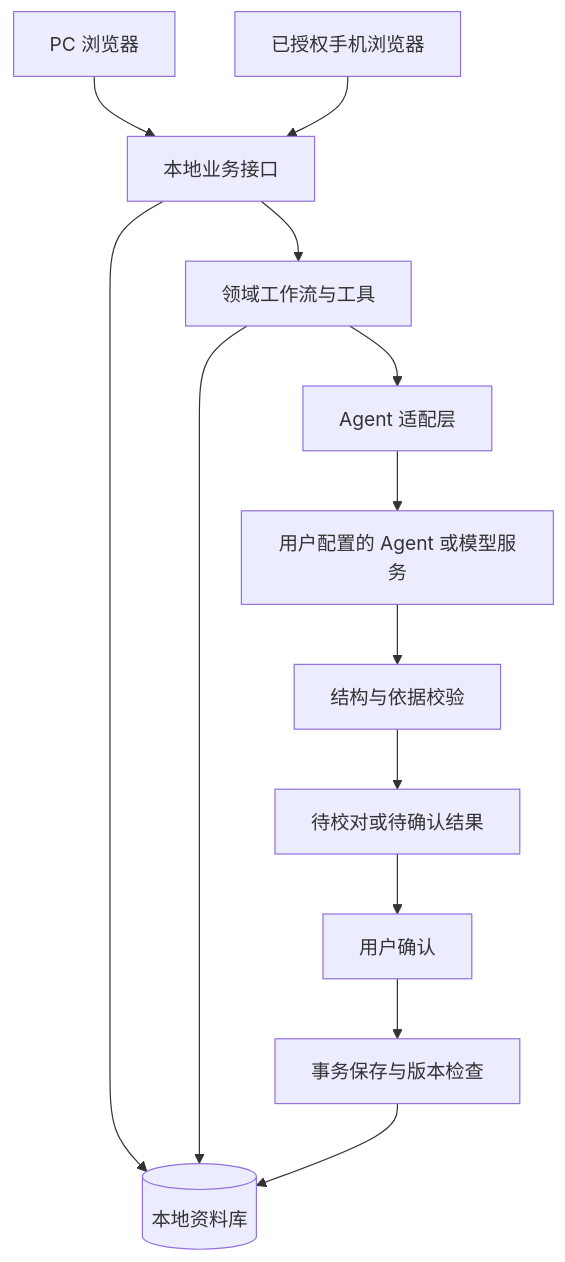
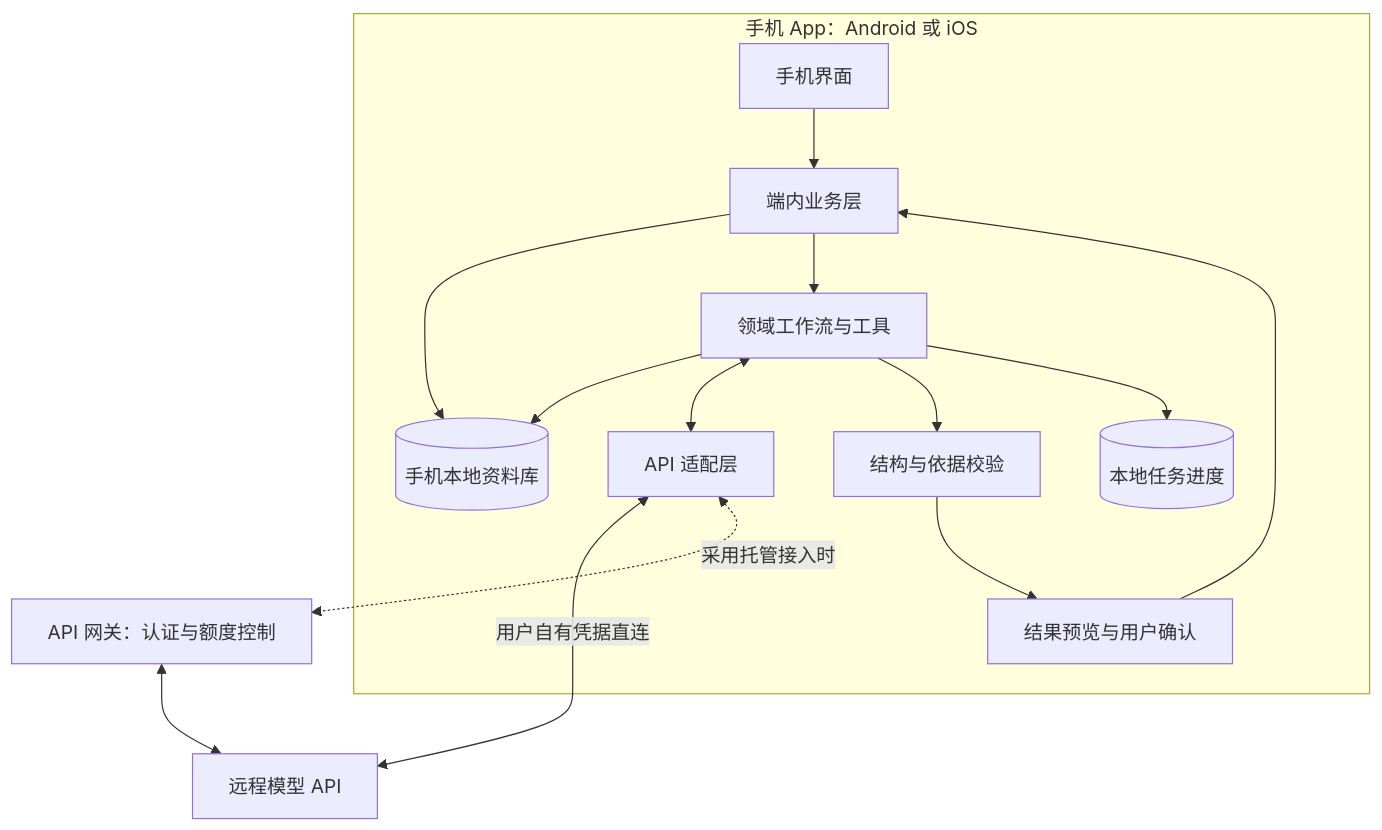
Before and after one commit to 155TuT/2601-fzu-SoftwareEngineering-YuezhongWu: the second of 3 diagrams in homework/team/task5/ans/prd.md, drawn with Mermaid. The commit also changed other lines of this file, not shown here.

````diff
--- a/homework/team/task5/ans/prd.md
+++ b/homework/team/task5/ans/prd.md
@@ -301,15 +307,17 @@
 ```mermaid
 flowchart TB
-    PC[PC 浏览器] --> API[本地业务接口]
-    Mobile[已授权手机浏览器] --> API
-    API --> Data[(本地资料库)]
-    API --> Flow[领域工作流与工具]
-    Flow --> Data
-    Flow --> Adapter[Agent 适配层]
-    Adapter --> Model[用户配置的 Agent 或模型服务]
-    Model --> Check[结构与依据校验]
-    Check --> Draft[待校对或待确认结果]
-    Draft --> Confirm[用户确认]
-    Confirm --> Commit[事务保存与版本检查]
-    Commit --> Data
+    subgraph Phone[手机 App：Android 或 iOS]
+        UI[手机界面] --> Biz[端内业务层]
+        Biz --> Data[(手机本地资料库)]
+        Biz --> Flow[领域工作流与工具]
+        Flow --> Data
+        Flow <--> Adapter[API 适配层]
+        Flow --> Check[结构与依据校验]
+        Check --> Draft[结果预览与用户确认]
+        Draft --> Biz
+        Flow --> State[(本地任务进度)]
+    end
+    Adapter <-->|用户自有凭据直连| Model[远程模型 API]
+    Adapter <-.->|采用托管接入时| Gateway[API 网关：认证与额度控制]
+    Gateway <--> Model
 ```
````
